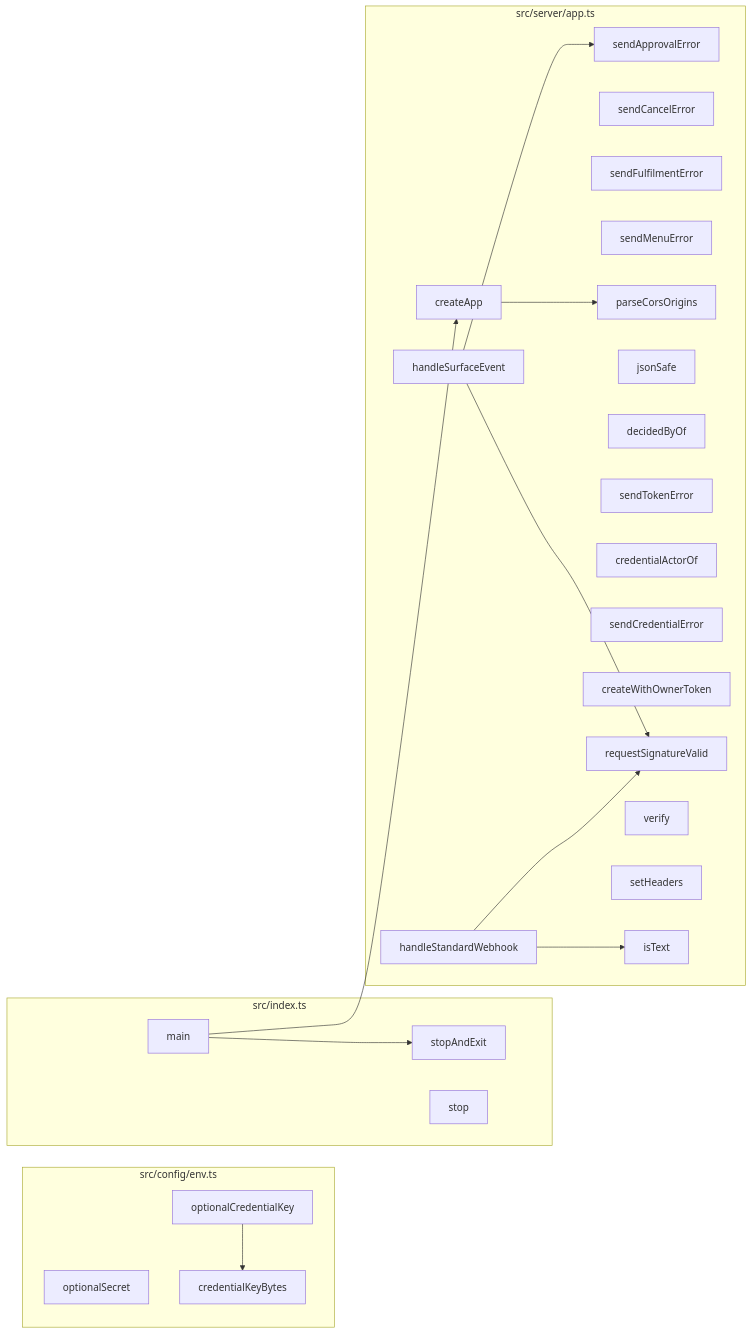
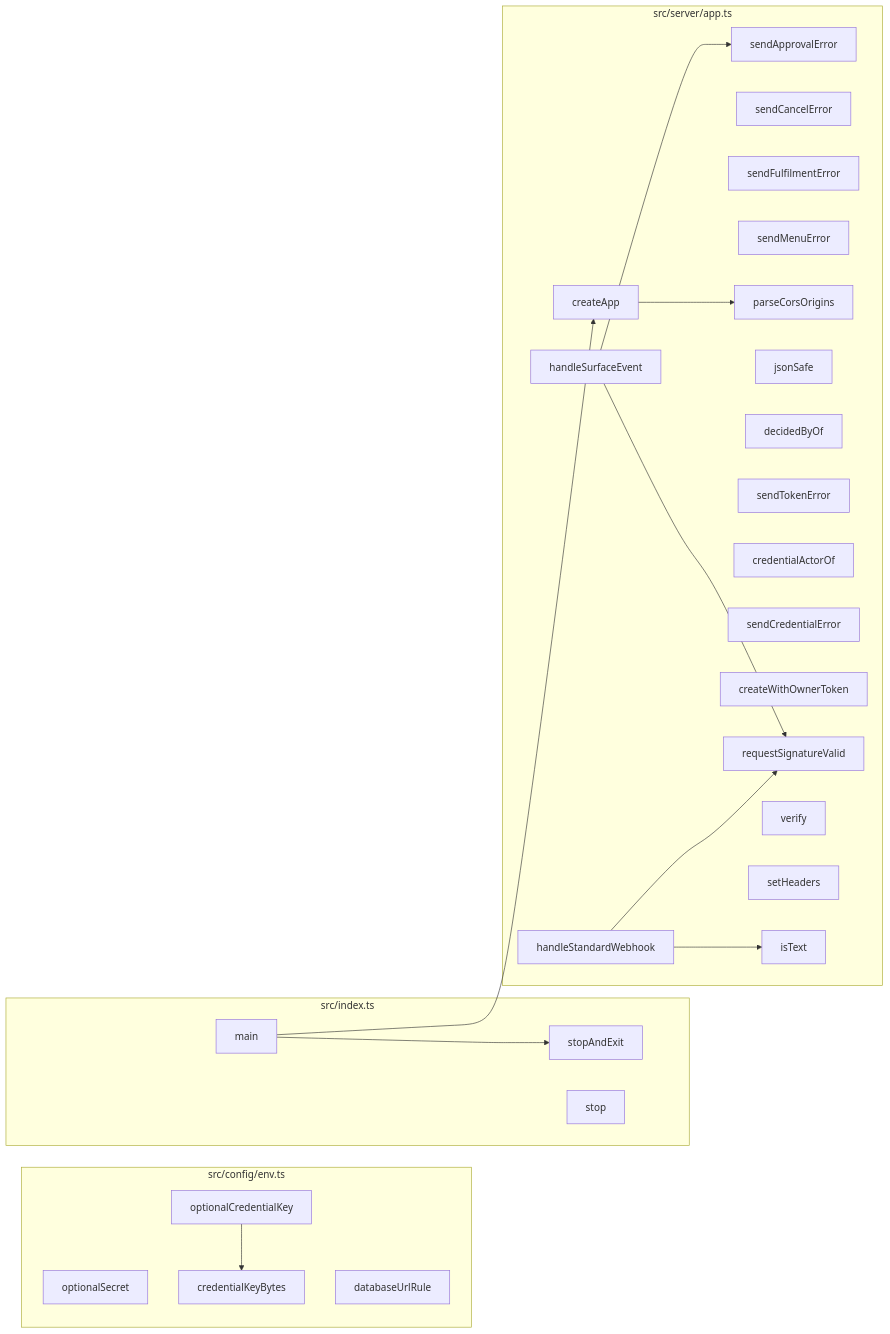
One commit to Jaydearcadian/bind changed the fourth of 8 diagrams in docs/CODEBASE_MAP.md. Above: the diagram before and after it, drawn with Mermaid. The commit also changed other lines of this file and 14 other files, not shown here.

````diff
--- a/docs/CODEBASE_MAP.md
+++ b/docs/CODEBASE_MAP.md
@@ -268,41 +270,42 @@
 ```mermaid
 flowchart LR
   subgraph F0["src/config/env.ts"]
     n111["optionalSecret"]
     n112["credentialKeyBytes"]
     n113["optionalCredentialKey"]
+    n114["databaseUrlRule"]
   end
   subgraph F1["src/index.ts"]
-    n171["stopAndExit"]
-    n172["main"]
-    n173["stop"]
+    n173["stopAndExit"]
+    n174["main"]
+    n175["stop"]
   end
   subgraph F2["src/server/app.ts"]
-    n240["sendApprovalError"]
-    n241["sendCancelError"]
-    n242["sendFulfilmentError"]
-    n243["sendMenuError"]
-    n244["parseCorsOrigins"]
-    n245["jsonSafe"]
-    n246["decidedByOf"]
-    n247["sendTokenError"]
-    n248["credentialActorOf"]
-    n249["sendCredentialError"]
-    n250["createWithOwnerToken"]
-    n251["requestSignatureValid"]
-    n252["createApp"]
-    n253["verify"]
-    n254["setHeaders"]
-    n318["handleSurfaceEvent"]
-    n319["handleStandardWebhook"]
-    n320["isText"]
+    n254["sendApprovalError"]
+    n255["sendCancelError"]
+    n256["sendFulfilmentError"]
+    n257["sendMenuError"]
+    n258["parseCorsOrigins"]
+    n259["jsonSafe"]
+    n260["decidedByOf"]
+    n261["sendTokenError"]
+    n262["credentialActorOf"]
+    n263["sendCredentialError"]
+    n264["createWithOwnerToken"]
+    n265["requestSignatureValid"]
+    n266["createApp"]
+    n267["verify"]
+    n268["setHeaders"]
+    n332["handleSurfaceEvent"]
+    n333["handleStandardWebhook"]
+    n334["isText"]
   end
   n113 --> n112
-  n172 --> n252
-  n172 --> n171
-  n252 --> n244
-  n318 --> n251
-  n318 --> n240
-  n319 --> n251
-  n319 --> n320
+  n174 --> n266
+  n174 --> n173
+  n266 --> n258
+  n332 --> n265
+  n332 --> n254
+  n333 --> n265
+  n333 --> n334
 ```
````
